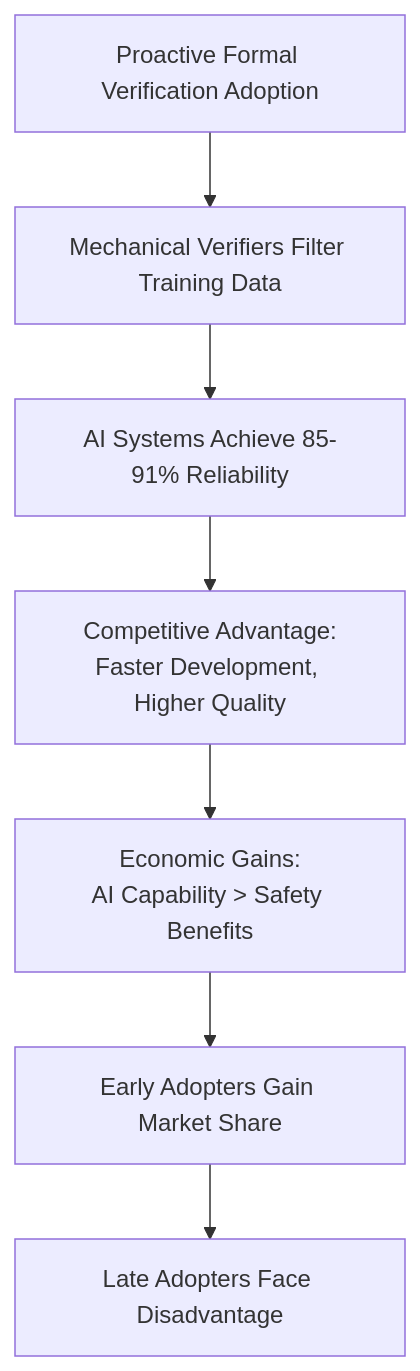
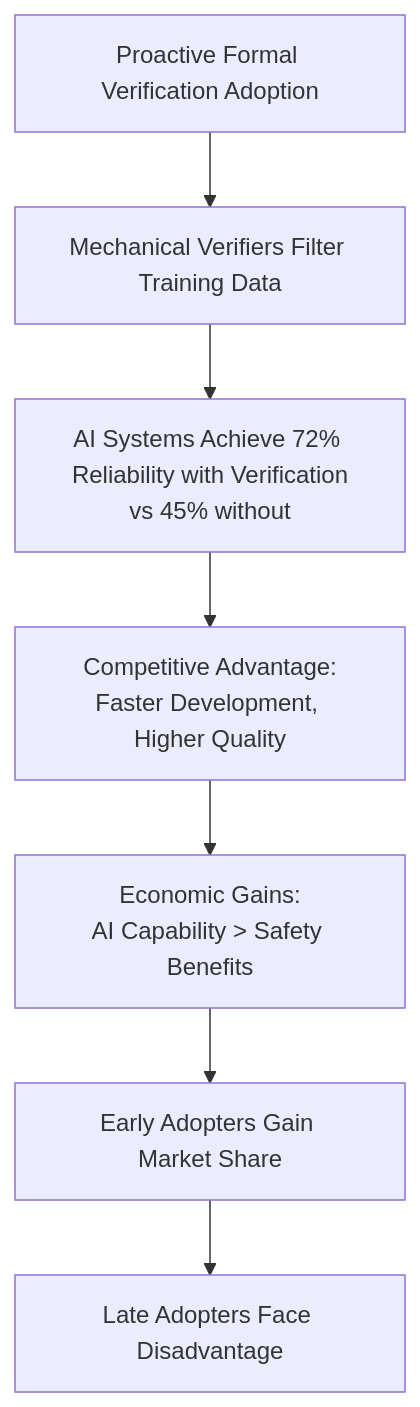
The second of 4 diagrams in documents/dsl/ai_horizon.md (Tuee22/effectful), drawn with Mermaid before and after one commit. The commit also changed other lines of this file, not shown here.

````diff
--- a/documents/dsl/ai_horizon.md
+++ b/documents/dsl/ai_horizon.md
@@ -262,9 +314,9 @@
 ```mermaid
 flowchart TD
     A[Proactive Formal Verification Adoption] --> B[Mechanical Verifiers Filter Training Data]
-    B --> C[AI Systems Achieve 85-91% Reliability]
+    B --> C[AI Systems Achieve 72% Reliability with Verification<br/>vs 45% without]
     C --> D[Competitive Advantage:<br/>Faster Development, Higher Quality]
     D --> E[Economic Gains:<br/>AI Capability > Safety Benefits]
     E --> F[Early Adopters Gain Market Share]
     F --> G[Late Adopters Face Disadvantage]
 ```
````
